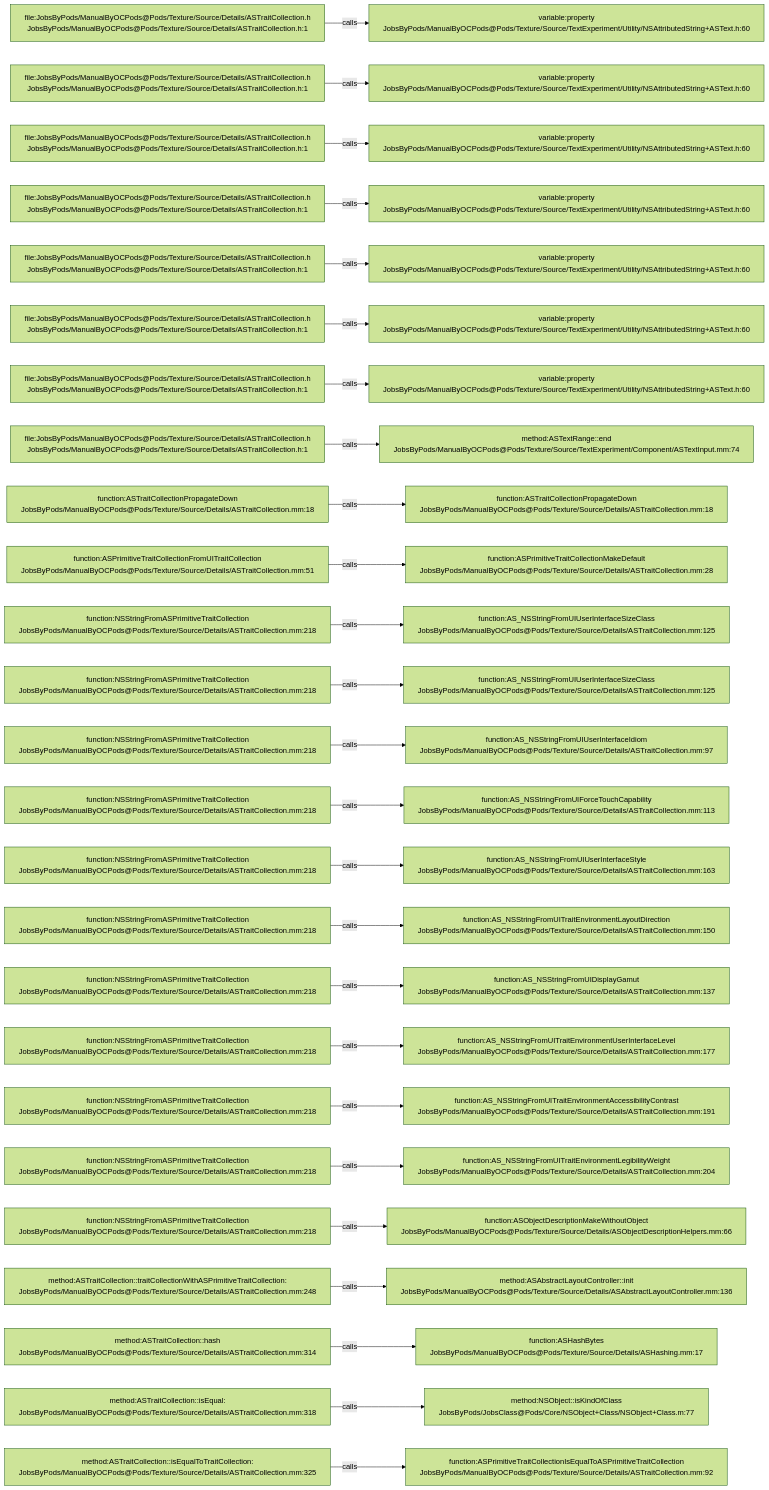
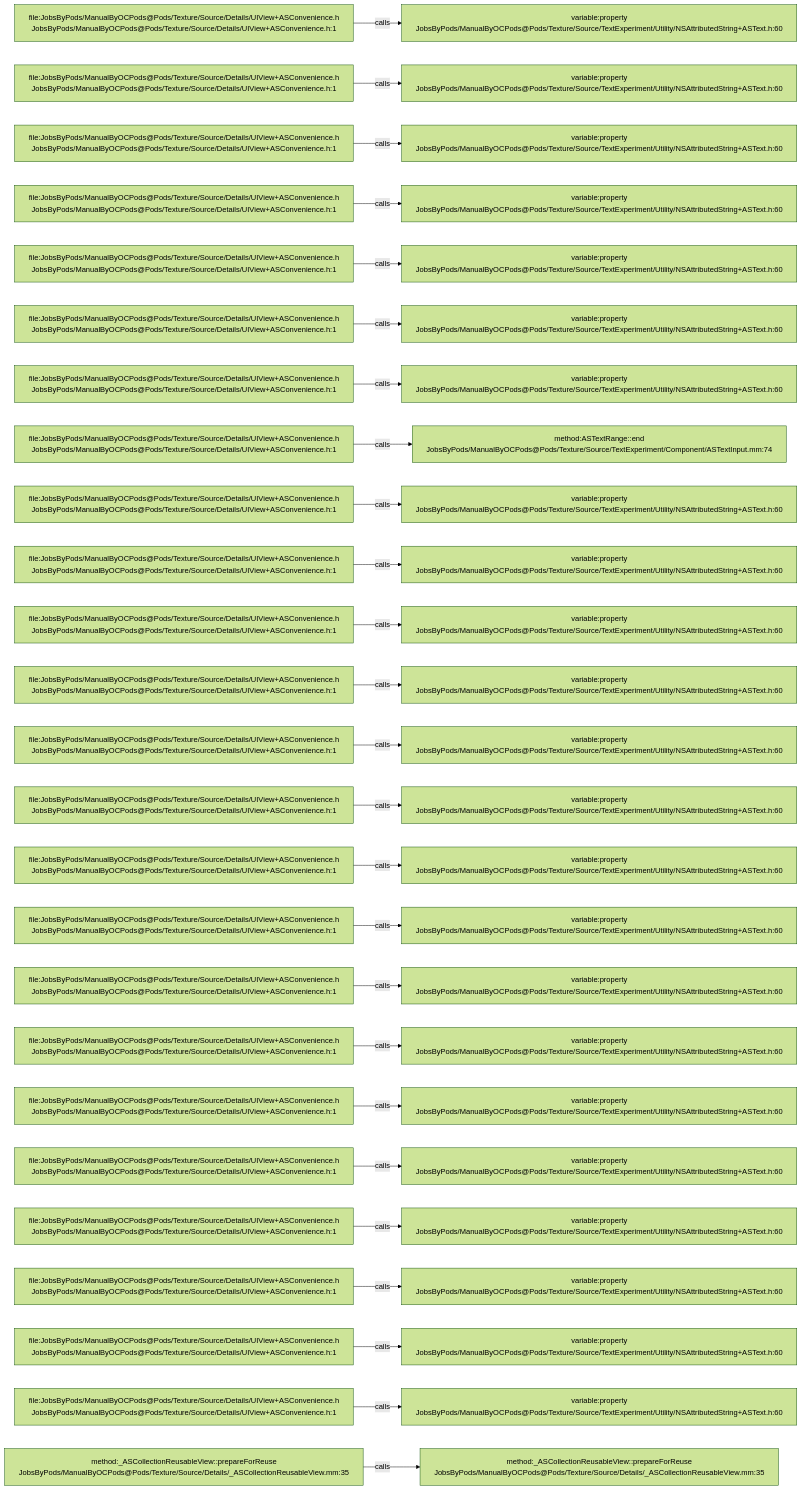
One commit to JobsKits/JobsOCBaseConfigDemo changed the diagram in .codegraph/codegraph.md/graphs/calls-168.md. Above: the diagram before and after it, drawn with Mermaid (forest theme). The commit also changed 1353 other files, not shown here.

````diff
--- a/.codegraph/codegraph.md/graphs/calls-168.md
+++ b/.codegraph/codegraph.md/graphs/calls-168.md
@@ -13,78 +13,78 @@
 ```mermaid
 flowchart LR
-  S1["file:JobsByPods/ManualByOCPods@Pods/Texture/Source/Details/ASTraitCollection.h<br/>JobsByPods/ManualByOCPods@Pods/Texture/Source/Details/ASTraitCollection.h:1"]
+  S1["file:JobsByPods/ManualByOCPods@Pods/Texture/Source/Details/UIView+ASConvenience.h<br/>JobsByPods/ManualByOCPods@Pods/Texture/Source/Details/UIView+ASConvenience.h:1"]
   T1["variable:property<br/>JobsByPods/ManualByOCPods@Pods/Texture/Source/TextExperiment/Utility/NSAttributedString+ASText.h:60"]
   S1 -->|calls| T1
-  S2["file:JobsByPods/ManualByOCPods@Pods/Texture/Source/Details/ASTraitCollection.h<br/>JobsByPods/ManualByOCPods@Pods/Texture/Source/Details/ASTraitCollection.h:1"]
+  S2["file:JobsByPods/ManualByOCPods@Pods/Texture/Source/Details/UIView+ASConvenience.h<br/>JobsByPods/ManualByOCPods@Pods/Texture/Source/Details/UIView+ASConvenience.h:1"]
   T2["variable:property<br/>JobsByPods/ManualByOCPods@Pods/Texture/Source/TextExperiment/Utility/NSAttributedString+ASText.h:60"]
   S2 -->|calls| T2
-  S3["file:JobsByPods/ManualByOCPods@Pods/Texture/Source/Details/ASTraitCollection.h<br/>JobsByPods/ManualByOCPods@Pods/Texture/Source/Details/ASTraitCollection.h:1"]
+  S3["file:JobsByPods/ManualByOCPods@Pods/Texture/Source/Details/UIView+ASConvenience.h<br/>JobsByPods/ManualByOCPods@Pods/Texture/Source/Details/UIView+ASConvenience.h:1"]
   T3["variable:property<br/>JobsByPods/ManualByOCPods@Pods/Texture/Source/TextExperiment/Utility/NSAttributedString+ASText.h:60"]
   S3 -->|calls| T3
-  S4["file:JobsByPods/ManualByOCPods@Pods/Texture/Source/Details/ASTraitCollection.h<br/>JobsByPods/ManualByOCPods@Pods/Texture/Source/Details/ASTraitCollection.h:1"]
+  S4["file:JobsByPods/ManualByOCPods@Pods/Texture/Source/Details/UIView+ASConvenience.h<br/>JobsByPods/ManualByOCPods@Pods/Texture/Source/Details/UIView+ASConvenience.h:1"]
   T4["variable:property<br/>JobsByPods/ManualByOCPods@Pods/Texture/Source/TextExperiment/Utility/NSAttributedString+ASText.h:60"]
   S4 -->|calls| T4
-  S5["file:JobsByPods/ManualByOCPods@Pods/Texture/Source/Details/ASTraitCollection.h<br/>JobsByPods/ManualByOCPods@Pods/Texture/Source/Details/ASTraitCollection.h:1"]
+  S5["file:JobsByPods/ManualByOCPods@Pods/Texture/Source/Details/UIView+ASConvenience.h<br/>JobsByPods/ManualByOCPods@Pods/Texture/Source/Details/UIView+ASConvenience.h:1"]
   T5["variable:property<br/>JobsByPods/ManualByOCPods@Pods/Texture/Source/TextExperiment/Utility/NSAttributedString+ASText.h:60"]
   S5 -->|calls| T5
-  S6["file:JobsByPods/ManualByOCPods@Pods/Texture/Source/Details/ASTraitCollection.h<br/>JobsByPods/ManualByOCPods@Pods/Texture/Source/Details/ASTraitCollection.h:1"]
+  S6["file:JobsByPods/ManualByOCPods@Pods/Texture/Source/Details/UIView+ASConvenience.h<br/>JobsByPods/ManualByOCPods@Pods/Texture/Source/Details/UIView+ASConvenience.h:1"]
   T6["variable:property<br/>JobsByPods/ManualByOCPods@Pods/Texture/Source/TextExperiment/Utility/NSAttributedString+ASText.h:60"]
   S6 -->|calls| T6
-  S7["file:JobsByPods/ManualByOCPods@Pods/Texture/Source/Details/ASTraitCollection.h<br/>JobsByPods/ManualByOCPods@Pods/Texture/Source/Details/ASTraitCollection.h:1"]
+  S7["file:JobsByPods/ManualByOCPods@Pods/Texture/Source/Details/UIView+ASConvenience.h<br/>JobsByPods/ManualByOCPods@Pods/Texture/Source/Details/UIView+ASConvenience.h:1"]
   T7["variable:property<br/>JobsByPods/ManualByOCPods@Pods/Texture/Source/TextExperiment/Utility/NSAttributedString+ASText.h:60"]
   S7 -->|calls| T7
-  S8["file:JobsByPods/ManualByOCPods@Pods/Texture/Source/Details/ASTraitCollection.h<br/>JobsByPods/ManualByOCPods@Pods/Texture/Source/Details/ASTraitCollection.h:1"]
+  S8["file:JobsByPods/ManualByOCPods@Pods/Texture/Source/Details/UIView+ASConvenience.h<br/>JobsByPods/ManualByOCPods@Pods/Texture/Source/Details/UIView+ASConvenience.h:1"]
   T8["method:ASTextRange::end<br/>JobsByPods/ManualByOCPods@Pods/Texture/Source/TextExperiment/Component/ASTextInput.mm:74"]
   S8 -->|calls| T8
-  S9["function:ASTraitCollectionPropagateDown<br/>JobsByPods/ManualByOCPods@Pods/Texture/Source/Details/ASTraitCollection.mm:18"]
-  T9["function:ASTraitCollectionPropagateDown<br/>JobsByPods/ManualByOCPods@Pods/Texture/Source/Details/ASTraitCollection.mm:18"]
+  S9["file:JobsByPods/ManualByOCPods@Pods/Texture/Source/Details/UIView+ASConvenience.h<br/>JobsByPods/ManualByOCPods@Pods/Texture/Source/Details/UIView+ASConvenience.h:1"]
+  T9["variable:property<br/>JobsByPods/ManualByOCPods@Pods/Texture/Source/TextExperiment/Utility/NSAttributedString+ASText.h:60"]
   S9 -->|calls| T9
-  S10["function:ASPrimitiveTraitCollectionFromUITraitCollection<br/>JobsByPods/ManualByOCPods@Pods/Texture/Source/Details/ASTraitCollection.mm:51"]
-  T10["function:ASPrimitiveTraitCollectionMakeDefault<br/>JobsByPods/ManualByOCPods@Pods/Texture/Source/Details/ASTraitCollection.mm:28"]
+  S10["file:JobsByPods/ManualByOCPods@Pods/Texture/Source/Details/UIView+ASConvenience.h<br/>JobsByPods/ManualByOCPods@Pods/Texture/Source/Details/UIView+ASConvenience.h:1"]
+  T10["variable:property<br/>JobsByPods/ManualByOCPods@Pods/Texture/Source/TextExperiment/Utility/NSAttributedString+ASText.h:60"]
   S10 -->|calls| T10
-  S11["function:NSStringFromASPrimitiveTraitCollection<br/>JobsByPods/ManualByOCPods@Pods/Texture/Source/Details/ASTraitCollection.mm:218"]
-  T11["function:AS_NSStringFromUIUserInterfaceSizeClass<br/>JobsByPods/ManualByOCPods@Pods/Texture/Source/Details/ASTraitCollection.mm:125"]
+  S11["file:JobsByPods/ManualByOCPods@Pods/Texture/Source/Details/UIView+ASConvenience.h<br/>JobsByPods/ManualByOCPods@Pods/Texture/Source/Details/UIView+ASConvenience.h:1"]
+  T11["variable:property<br/>JobsByPods/ManualByOCPods@Pods/Texture/Source/TextExperiment/Utility/NSAttributedString+ASText.h:60"]
   S11 -->|calls| T11
-  S12["function:NSStringFromASPrimitiveTraitCollection<br/>JobsByPods/ManualByOCPods@Pods/Texture/Source/Details/ASTraitCollection.mm:218"]
-  T12["function:AS_NSStringFromUIUserInterfaceSizeClass<br/>JobsByPods/ManualByOCPods@Pods/Texture/Source/Details/ASTraitCollection.mm:125"]
+  S12["file:JobsByPods/ManualByOCPods@Pods/Texture/Source/Details/UIView+ASConvenience.h<br/>JobsByPods/ManualByOCPods@Pods/Texture/Source/Details/UIView+ASConvenience.h:1"]
+  T12["variable:property<br/>JobsByPods/ManualByOCPods@Pods/Texture/Source/TextExperiment/Utility/NSAttributedString+ASText.h:60"]
   S12 -->|calls| T12
-  S13["function:NSStringFromASPrimitiveTraitCollection<br/>JobsByPods/ManualByOCPods@Pods/Texture/Source/Details/ASTraitCollection.mm:218"]
-  T13["function:AS_NSStringFromUIUserInterfaceIdiom<br/>JobsByPods/ManualByOCPods@Pods/Texture/Source/Details/ASTraitCollection.mm:97"]
+  S13["file:JobsByPods/ManualByOCPods@Pods/Texture/Source/Details/UIView+ASConvenience.h<br/>JobsByPods/ManualByOCPods@Pods/Texture/Source/Details/UIView+ASConvenience.h:1"]
+  T13["variable:property<br/>JobsByPods/ManualByOCPods@Pods/Texture/Source/TextExperiment/Utility/NSAttributedString+ASText.h:60"]
   S13 -->|calls| T13
-  S14["function:NSStringFromASPrimitiveTraitCollection<br/>JobsByPods/ManualByOCPods@Pods/Texture/Source/Details/ASTraitCollection.mm:218"]
-  T14["function:AS_NSStringFromUIForceTouchCapability<br/>JobsByPods/ManualByOCPods@Pods/Texture/Source/Details/ASTraitCollection.mm:113"]
+  S14["file:JobsByPods/ManualByOCPods@Pods/Texture/Source/Details/UIView+ASConvenience.h<br/>JobsByPods/ManualByOCPods@Pods/Texture/Source/Details/UIView+ASConvenience.h:1"]
+  T14["variable:property<br/>JobsByPods/ManualByOCPods@Pods/Texture/Source/TextExperiment/Utility/NSAttributedString+ASText.h:60"]
   S14 -->|calls| T14
-  S15["function:NSStringFromASPrimitiveTraitCollection<br/>JobsByPods/ManualByOCPods@Pods/Texture/Source/Details/ASTraitCollection.mm:218"]
-  T15["function:AS_NSStringFromUIUserInterfaceStyle<br/>JobsByPods/ManualByOCPods@Pods/Texture/Source/Details/ASTraitCollection.mm:163"]
+  S15["file:JobsByPods/ManualByOCPods@Pods/Texture/Source/Details/UIView+ASConvenience.h<br/>JobsByPods/ManualByOCPods@Pods/Texture/Source/Details/UIView+ASConvenience.h:1"]
+  T15["variable:property<br/>JobsByPods/ManualByOCPods@Pods/Texture/Source/TextExperiment/Utility/NSAttributedString+ASText.h:60"]
   S15 -->|calls| T15
-  S16["function:NSStringFromASPrimitiveTraitCollection<br/>JobsByPods/ManualByOCPods@Pods/Texture/Source/Details/ASTraitCollection.mm:218"]
-  T16["function:AS_NSStringFromUITraitEnvironmentLayoutDirection<br/>JobsByPods/ManualByOCPods@Pods/Texture/Source/Details/ASTraitCollection.mm:150"]
+  S16["file:JobsByPods/ManualByOCPods@Pods/Texture/Source/Details/UIView+ASConvenience.h<br/>JobsByPods/ManualByOCPods@Pods/Texture/Source/Details/UIView+ASConvenience.h:1"]
+  T16["variable:property<br/>JobsByPods/ManualByOCPods@Pods/Texture/Source/TextExperiment/Utility/NSAttributedString+ASText.h:60"]
   S16 -->|calls| T16
-  S17["function:NSStringFromASPrimitiveTraitCollection<br/>JobsByPods/ManualByOCPods@Pods/Texture/Source/Details/ASTraitCollection.mm:218"]
-  T17["function:AS_NSStringFromUIDisplayGamut<br/>JobsByPods/ManualByOCPods@Pods/Texture/Source/Details/ASTraitCollection.mm:137"]
+  S17["file:JobsByPods/ManualByOCPods@Pods/Texture/Source/Details/UIView+ASConvenience.h<br/>JobsByPods/ManualByOCPods@Pods/Texture/Source/Details/UIView+ASConvenience.h:1"]
+  T17["variable:property<br/>JobsByPods/ManualByOCPods@Pods/Texture/Source/TextExperiment/Utility/NSAttributedString+ASText.h:60"]
   S17 -->|calls| T17
-  S18["function:NSStringFromASPrimitiveTraitCollection<br/>JobsByPods/ManualByOCPods@Pods/Texture/Source/Details/ASTraitCollection.mm:218"]
-  T18["function:AS_NSStringFromUITraitEnvironmentUserInterfaceLevel<br/>JobsByPods/ManualByOCPods@Pods/Texture/Source/Details/ASTraitCollection.mm:177"]
+  S18["file:JobsByPods/ManualByOCPods@Pods/Texture/Source/Details/UIView+ASConvenience.h<br/>JobsByPods/ManualByOCPods@Pods/Texture/Source/Details/UIView+ASConvenience.h:1"]
+  T18["variable:property<br/>JobsByPods/ManualByOCPods@Pods/Texture/Source/TextExperiment/Utility/NSAttributedString+ASText.h:60"]
   S18 -->|calls| T18
-  S19["function:NSStringFromASPrimitiveTraitCollection<br/>JobsByPods/ManualByOCPods@Pods/Texture/Source/Details/ASTraitCollection.mm:218"]
-  T19["function:AS_NSStringFromUITraitEnvironmentAccessibilityContrast<br/>JobsByPods/ManualByOCPods@Pods/Texture/Source/Details/ASTraitCollection.mm:191"]
+  S19["file:JobsByPods/ManualByOCPods@Pods/Texture/Source/Details/UIView+ASConvenience.h<br/>JobsByPods/ManualByOCPods@Pods/Texture/Source/Details/UIView+ASConvenience.h:1"]
+  T19["variable:property<br/>JobsByPods/ManualByOCPods@Pods/Texture/Source/TextExperiment/Utility/NSAttributedString+ASText.h:60"]
   S19 -->|calls| T19
-  S20["function:NSStringFromASPrimitiveTraitCollection<br/>JobsByPods/ManualByOCPods@Pods/Texture/Source/Details/ASTraitCollection.mm:218"]
-  T20["function:AS_NSStringFromUITraitEnvironmentLegibilityWeight<br/>JobsByPods/ManualByOCPods@Pods/Texture/Source/Details/ASTraitCollection.mm:204"]
+  S20["file:JobsByPods/ManualByOCPods@Pods/Texture/Source/Details/UIView+ASConvenience.h<br/>JobsByPods/ManualByOCPods@Pods/Texture/Source/Details/UIView+ASConvenience.h:1"]
+  T20["variable:property<br/>JobsByPods/ManualByOCPods@Pods/Texture/Source/TextExperiment/Utility/NSAttributedString+ASText.h:60"]
   S20 -->|calls| T20
-  S21["function:NSStringFromASPrimitiveTraitCollection<br/>JobsByPods/ManualByOCPods@Pods/Texture/Source/Details/ASTraitCollection.mm:218"]
-  T21["function:ASObjectDescriptionMakeWithoutObject<br/>JobsByPods/ManualByOCPods@Pods/Texture/Source/Details/ASObjectDescriptionHelpers.mm:66"]
+  S21["file:JobsByPods/ManualByOCPods@Pods/Texture/Source/Details/UIView+ASConvenience.h<br/>JobsByPods/ManualByOCPods@Pods/Texture/Source/Details/UIView+ASConvenience.h:1"]
+  T21["variable:property<br/>JobsByPods/ManualByOCPods@Pods/Texture/Source/TextExperiment/Utility/NSAttributedString+ASText.h:60"]
   S21 -->|calls| T21
-  S22["method:ASTraitCollection::traitCollectionWithASPrimitiveTraitCollection:<br/>JobsByPods/ManualByOCPods@Pods/Texture/Source/Details/ASTraitCollection.mm:248"]
-  T22["method:ASAbstractLayoutController::init<br/>JobsByPods/ManualByOCPods@Pods/Texture/Source/Details/ASAbstractLayoutController.mm:136"]
+  S22["file:JobsByPods/ManualByOCPods@Pods/Texture/Source/Details/UIView+ASConvenience.h<br/>JobsByPods/ManualByOCPods@Pods/Texture/Source/Details/UIView+ASConvenience.h:1"]
+  T22["variable:property<br/>JobsByPods/ManualByOCPods@Pods/Texture/Source/TextExperiment/Utility/NSAttributedString+ASText.h:60"]
   S22 -->|calls| T22
-  S23["method:ASTraitCollection::hash<br/>JobsByPods/ManualByOCPods@Pods/Texture/Source/Details/ASTraitCollection.mm:314"]
-  T23["function:ASHashBytes<br/>JobsByPods/ManualByOCPods@Pods/Texture/Source/Details/ASHashing.mm:17"]
+  S23["file:JobsByPods/ManualByOCPods@Pods/Texture/Source/Details/UIView+ASConvenience.h<br/>JobsByPods/ManualByOCPods@Pods/Texture/Source/Details/UIView+ASConvenience.h:1"]
+  T23["variable:property<br/>JobsByPods/ManualByOCPods@Pods/Texture/Source/TextExperiment/Utility/NSAttributedString+ASText.h:60"]
   S23 -->|calls| T23
-  S24["method:ASTraitCollection::isEqual:<br/>JobsByPods/ManualByOCPods@Pods/Texture/Source/Details/ASTraitCollection.mm:318"]
-  T24["method:NSObject::isKindOfClass<br/>JobsByPods/JobsClass@Pods/Core/NSObject+Class/NSObject+Class.m:77"]
+  S24["file:JobsByPods/ManualByOCPods@Pods/Texture/Source/Details/UIView+ASConvenience.h<br/>JobsByPods/ManualByOCPods@Pods/Texture/Source/Details/UIView+ASConvenience.h:1"]
+  T24["variable:property<br/>JobsByPods/ManualByOCPods@Pods/Texture/Source/TextExperiment/Utility/NSAttributedString+ASText.h:60"]
   S24 -->|calls| T24
-  S25["method:ASTraitCollection::isEqualToTraitCollection:<br/>JobsByPods/ManualByOCPods@Pods/Texture/Source/Details/ASTraitCollection.mm:325"]
-  T25["function:ASPrimitiveTraitCollectionIsEqualToASPrimitiveTraitCollection<br/>JobsByPods/ManualByOCPods@Pods/Texture/Source/Details/ASTraitCollection.mm:92"]
+  S25["method:_ASCollectionReusableView::prepareForReuse<br/>JobsByPods/ManualByOCPods@Pods/Texture/Source/Details/_ASCollectionReusableView.mm:35"]
+  T25["method:_ASCollectionReusableView::prepareForReuse<br/>JobsByPods/ManualByOCPods@Pods/Texture/Source/Details/_ASCollectionReusableView.mm:35"]
   S25 -->|calls| T25
 ```
````
